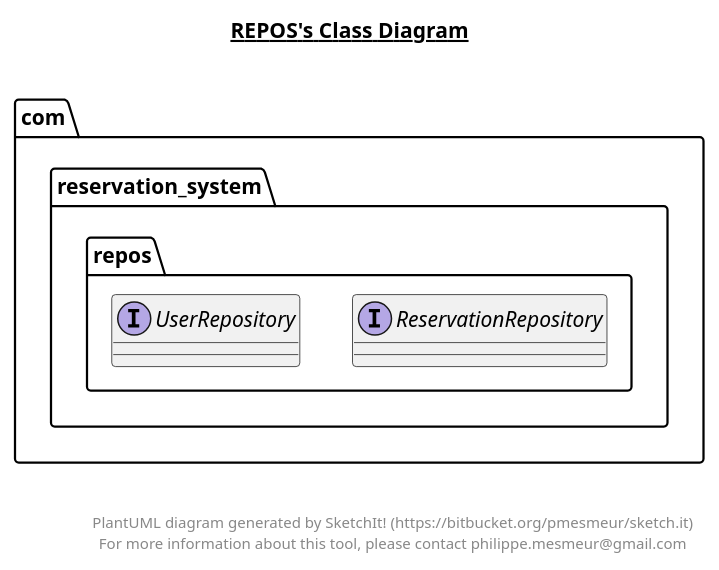
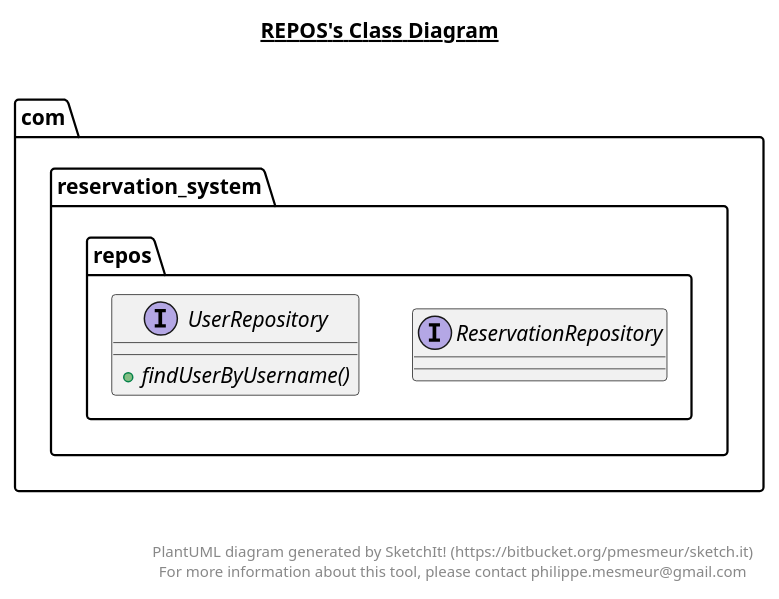
Before and after one commit to adam112henry/reservation-system: the diagram in src/main/java/com/reservation_system/repos/repos.plantuml, drawn with PlantUML. The commit also changed 6 other files, not shown here.

Commit message:
updated class diagrams

```diff
--- a/src/main/java/com/reservation_system/repos/repos.plantuml
+++ b/src/main/java/com/reservation_system/repos/repos.plantuml
@@ -1,30 +1,31 @@
 @startuml
 
 title __REPOS's Class Diagram__\n
 
   namespace com.reservation_system {
     namespace repos {
       interface com.reservation_system.repos.ReservationRepository {
       }
     }
   }
   
 
   namespace com.reservation_system {
     namespace repos {
       interface com.reservation_system.repos.UserRepository {
+          {abstract} + findUserByUsername()
       }
     }
   }
   
 
 
 
 right footer
 
 
 PlantUML diagram generated by SketchIt! (https://bitbucket.org/pmesmeur/sketch.it)
 For more information about this tool, please contact philippe.mesmeur@gmail.com
 endfooter
 
 @enduml
```
